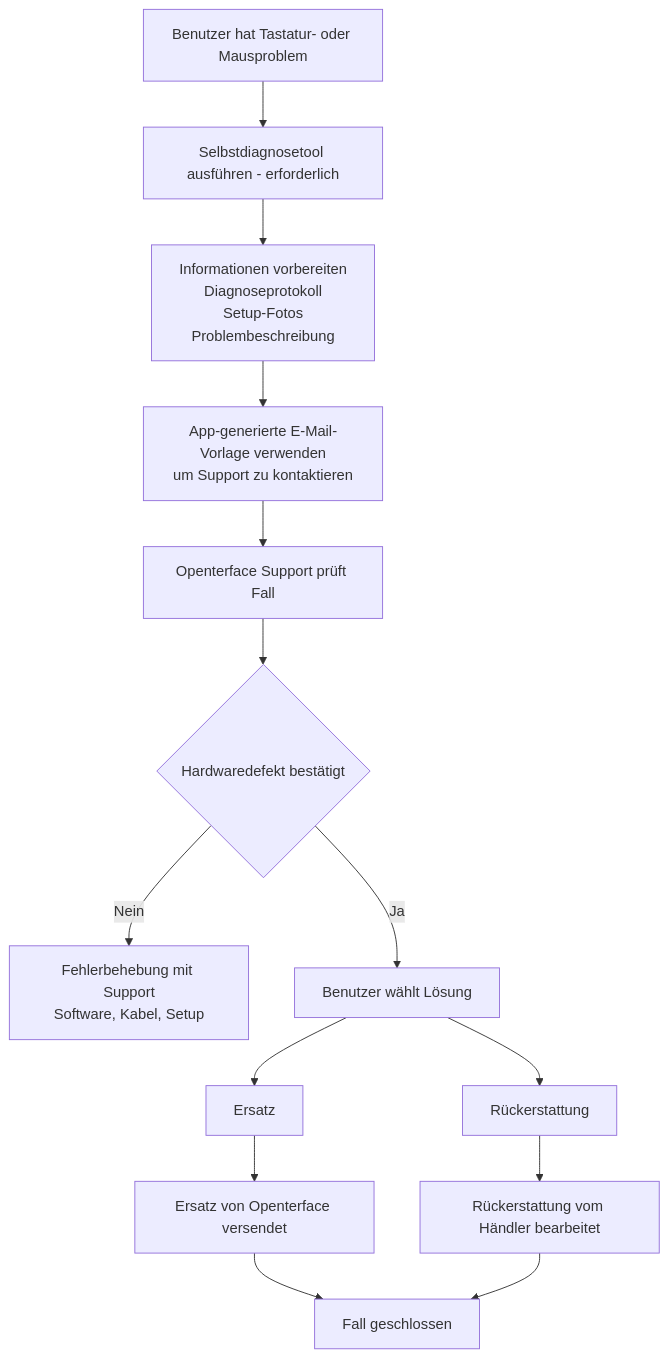
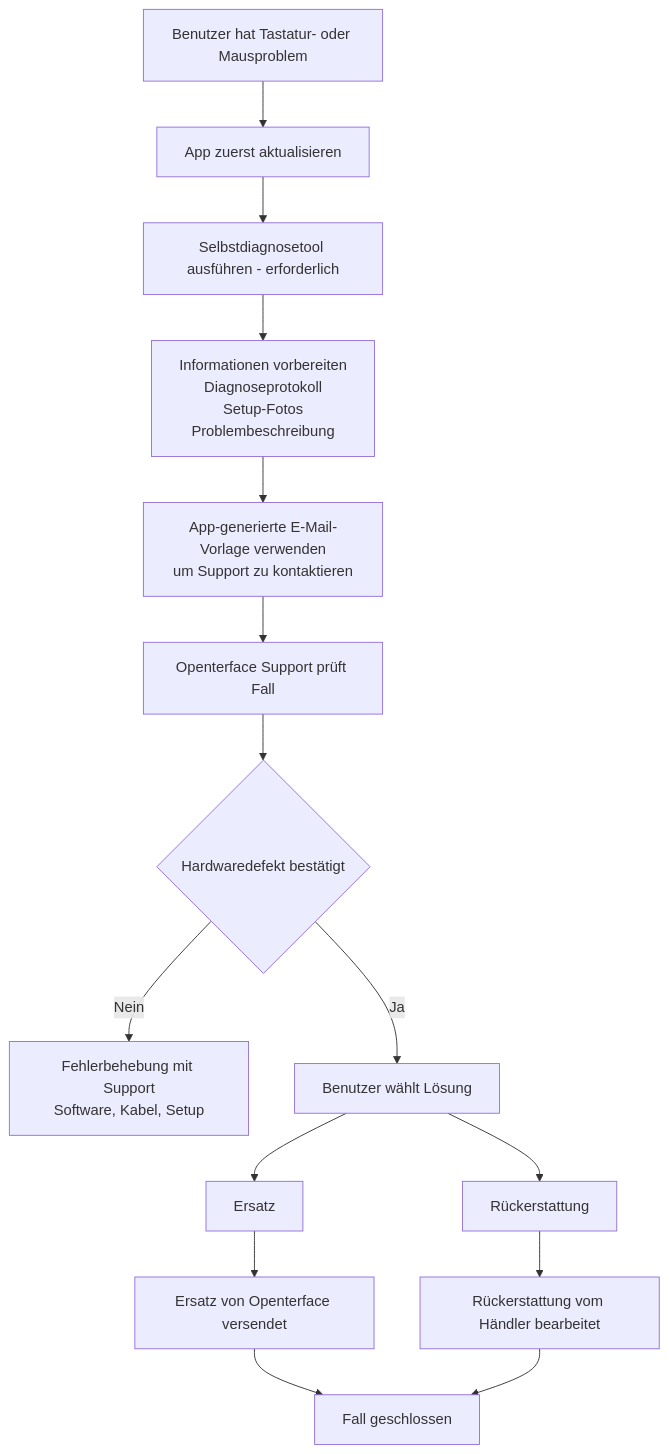
One commit to TechxArtisanStudio/Openterface changed the diagram in docs/product/minikvm/support/mini-kvm-troubleshooting-and-support.de.md. Above: the diagram before and after it, drawn with Mermaid. The commit also changed other lines of this file and 29 other files, not shown here.

````diff
--- a/docs/product/minikvm/support/mini-kvm-troubleshooting-and-support.de.md
+++ b/docs/product/minikvm/support/mini-kvm-troubleshooting-and-support.de.md
@@ -39,21 +39,22 @@
 ```mermaid
 flowchart TD
-    U[Benutzer hat Tastatur- oder Mausproblem] --> D[Selbstdiagnosetool ausführen - erforderlich]
+    U[Benutzer hat Tastatur- oder Mausproblem] --> A[App zuerst aktualisieren]
+    A --> D[Selbstdiagnosetool ausführen - erforderlich]
 
     D --> P[Informationen vorbereiten<br/>Diagnoseprotokoll<br/>Setup-Fotos<br/>Problembeschreibung]
 
     P --> E[App-generierte E-Mail-Vorlage verwenden<br/>um Support zu kontaktieren]
 
     E --> S[Openterface Support prüft Fall]
 
     S --> R{Hardwaredefekt bestätigt}
 
     R -- Nein --> F[Fehlerbehebung mit Support<br/>Software, Kabel, Setup]
     R -- Ja --> C[Benutzer wählt Lösung]
 
     C --> Ersatz --> REP[Ersatz von Openterface versendet]
     C --> Rückerstattung --> REF[Rückerstattung vom Händler bearbeitet]
 
     REP --> END[Fall geschlossen]
     REF --> END
 ```
````
